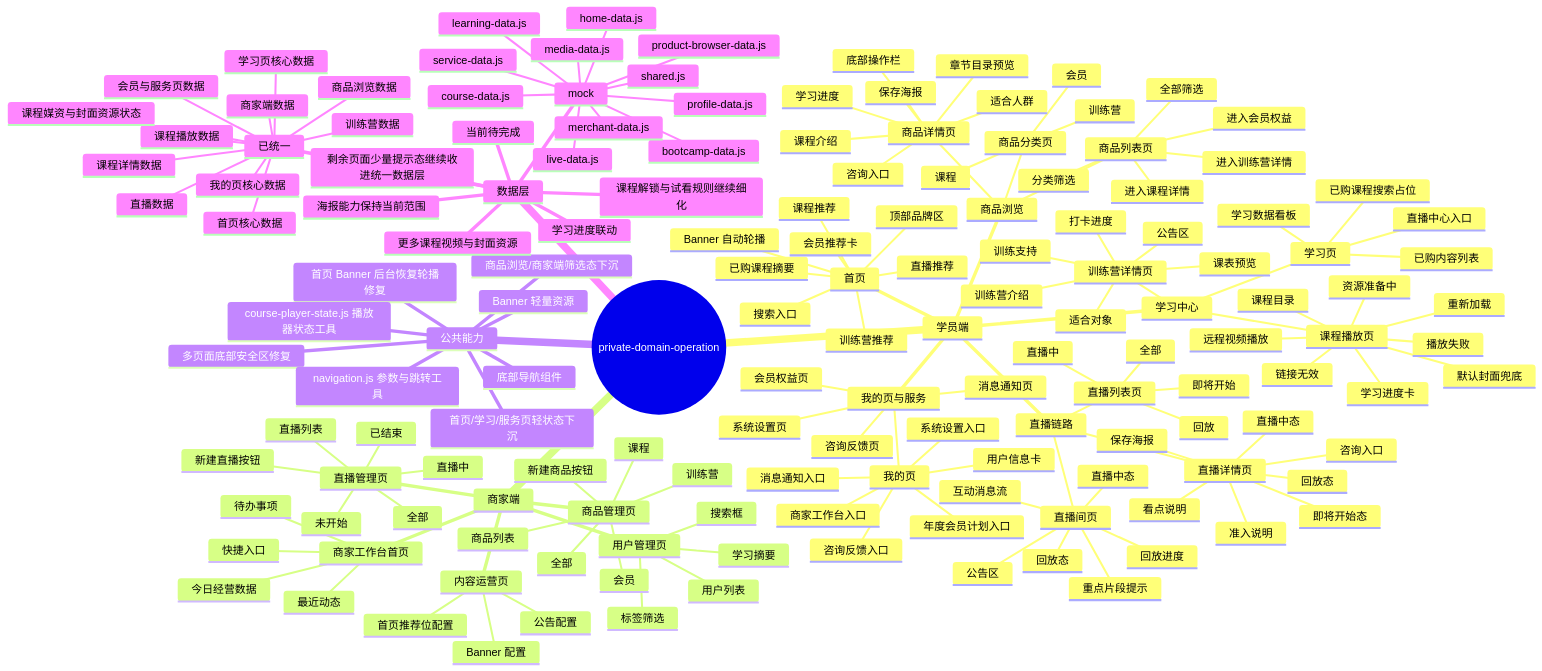
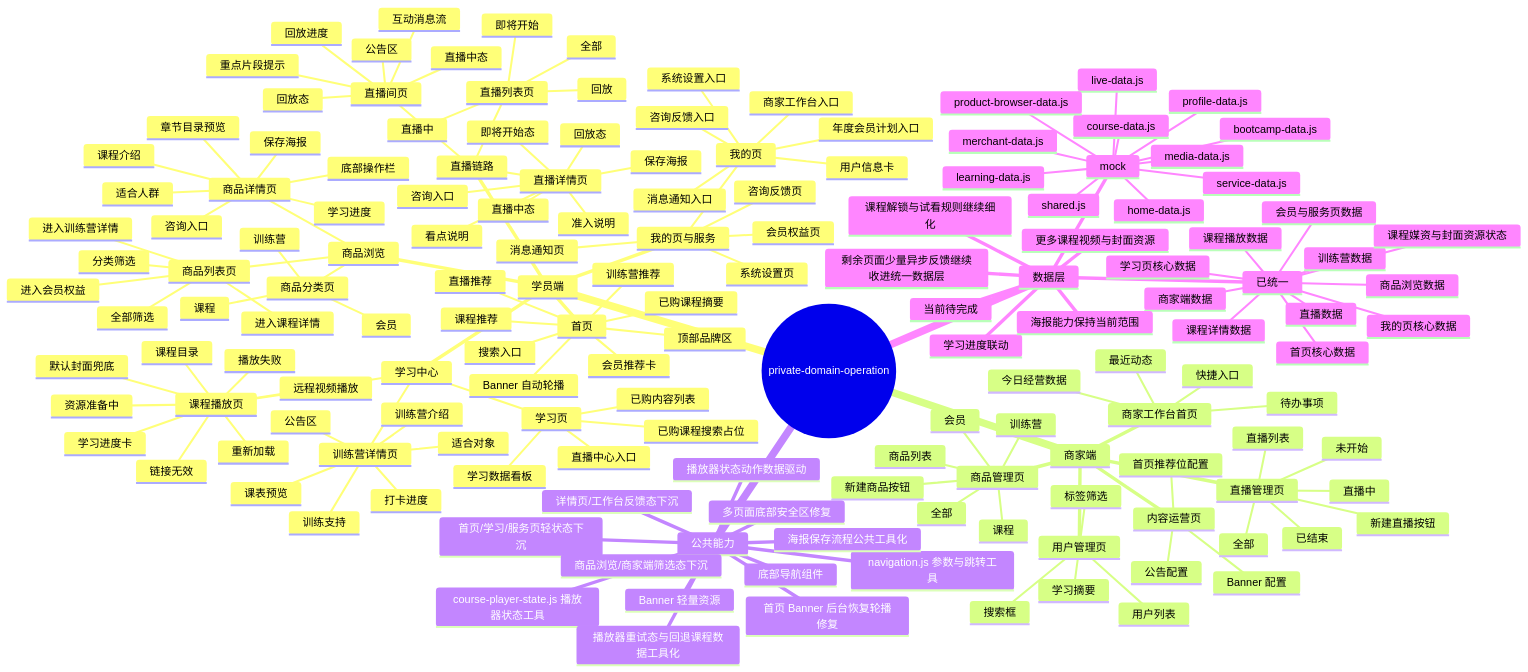
Before and after one commit to gerryyang2025/wechat-miniprogram: the diagram in private-domain-operation/docs/FEATURE_MINDMAP.md, drawn with Mermaid. The commit also changed other lines of this file and 21 other files, not shown here.

````diff
--- a/private-domain-operation/docs/FEATURE_MINDMAP.md
+++ b/private-domain-operation/docs/FEATURE_MINDMAP.md
@@ -142,6 +142,10 @@
       course-player-state.js 播放器状态工具
       首页/学习/服务页轻状态下沉
       商品浏览/商家端筛选态下沉
+      详情页/工作台反馈态下沉
+      海报保存流程公共工具化
+      播放器状态动作数据驱动
+      播放器重试态与回退课程数据工具化
     数据层
       mock
         shared.js
@@ -170,7 +174,7 @@
       当前待完成
       学习进度联动
       课程解锁与试看规则继续细化
-      剩余页面少量提示态继续收进统一数据层
+      剩余页面少量异步反馈继续收进统一数据层
       海报能力保持当前范围
       更多课程视频与封面资源
 ```
````
